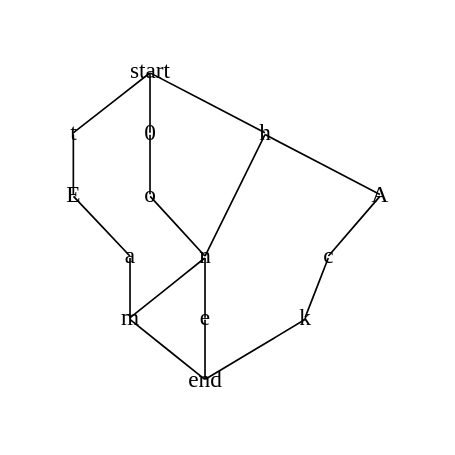
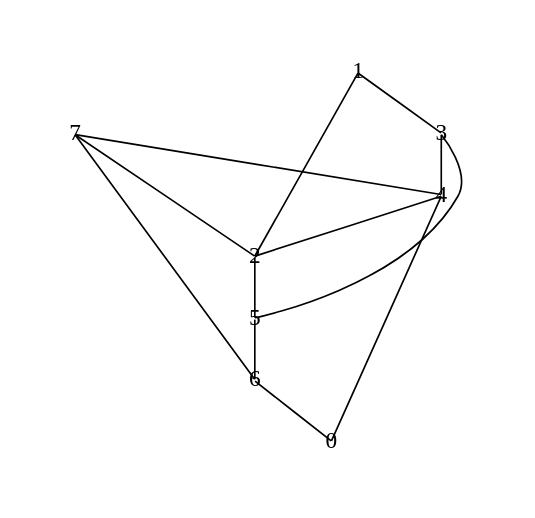
Before and after one commit to MarkusYPA/lem-in: the diagram in viz/graph.gv, drawn with Graphviz. The commit also changed 14 other files, not shown here.

```diff
--- a/viz/graph.gv
+++ b/viz/graph.gv
@@ -1,41 +1,31 @@
 digraph G {
     ratio=1;
     pad=0.5;
     edge [arrowhead=none];
 
-    start [shape=box];
-    end [shape=box];
+    1 [shape=box];
+    0 [shape=box];
 
-    start [fixedsize=true height= 0, width=0 color="transparent"];
+    1 [fixedsize=true height= 0, width=0 color="transparent"];
+    2 [fixedsize=true height= 0, width=0 color="transparent"];
+    3 [fixedsize=true height= 0, width=0 color="transparent"];
+    4 [fixedsize=true height= 0, width=0 color="transparent"];
+    5 [fixedsize=true height= 0, width=0 color="transparent"];
+    6 [fixedsize=true height= 0, width=0 color="transparent"];
+    7 [fixedsize=true height= 0, width=0 color="transparent"];
     0 [fixedsize=true height= 0, width=0 color="transparent"];
-    o [fixedsize=true height= 0, width=0 color="transparent"];
-    n [fixedsize=true height= 0, width=0 color="transparent"];
-    e [fixedsize=true height= 0, width=0 color="transparent"];
-    t [fixedsize=true height= 0, width=0 color="transparent"];
-    E [fixedsize=true height= 0, width=0 color="transparent"];
-    a [fixedsize=true height= 0, width=0 color="transparent"];
-    m [fixedsize=true height= 0, width=0 color="transparent"];
-    h [fixedsize=true height= 0, width=0 color="transparent"];
-    A [fixedsize=true height= 0, width=0 color="transparent"];
-    c [fixedsize=true height= 0, width=0 color="transparent"];
-    k [fixedsize=true height= 0, width=0 color="transparent"];
-    end [fixedsize=true height= 0, width=0 color="transparent"];
+    #another [fixedsize=true height= 0, width=0 color="transparent"];
 
-    start -> t;
-    n -> e;
-    a -> m;
-    A -> c;
-    0 -> o;
-    E -> a;
-    k -> end;
-    start -> h;
-    o -> n;
-    m -> end;
-    t -> E;
-    start -> 0;
-    h -> A;
-    e -> end;
-    c -> k;
-    n -> m;
-    h -> n;
+    4 -> 0
+    6 -> 0
+    1 -> 3;
+    3 -> 4
+    2 -> 5
+    3 -> 5;
+    4 -> 2;
+    1 -> 2
+    7 -> 6;
+    7 -> 2;
+    7 -> 4;
+    5 -> 6
 }
```
